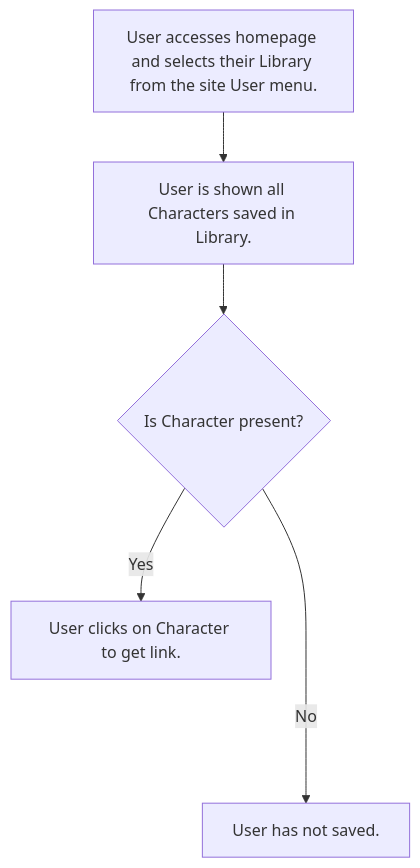
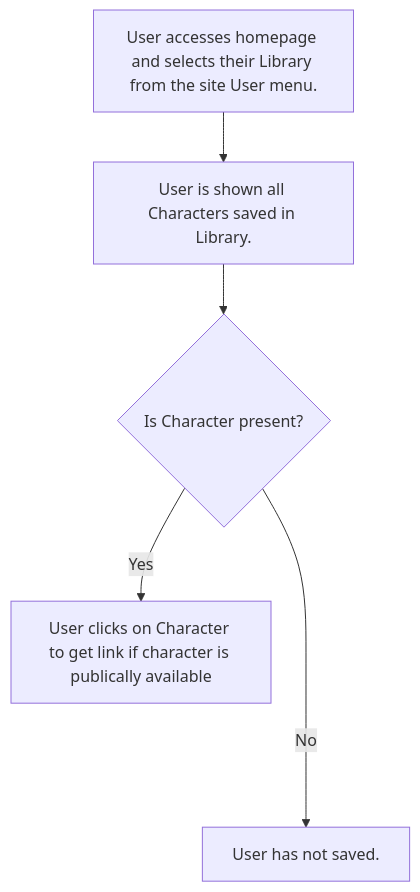
The fifth of 6 diagrams in README.md (Wren00/create-an-orc), drawn with Mermaid before and after one commit. The commit also changed other lines of this file, not shown here.

````diff
--- a/README.md
+++ b/README.md
@@ -563,6 +564,6 @@
 ```mermaid
 flowchart TD
 	A[User accesses homepage and selects their Library from the site User menu.] --> B[User is shown all Characters saved in Library.] --> C{Is Character present?}
-	C -- Yes --> D[User clicks on Character to get link.]
+	C -- Yes --> D[User clicks on Character to get link if character is publically available]
 	C -- No ----> E[User has not saved.] 
 ```
````
